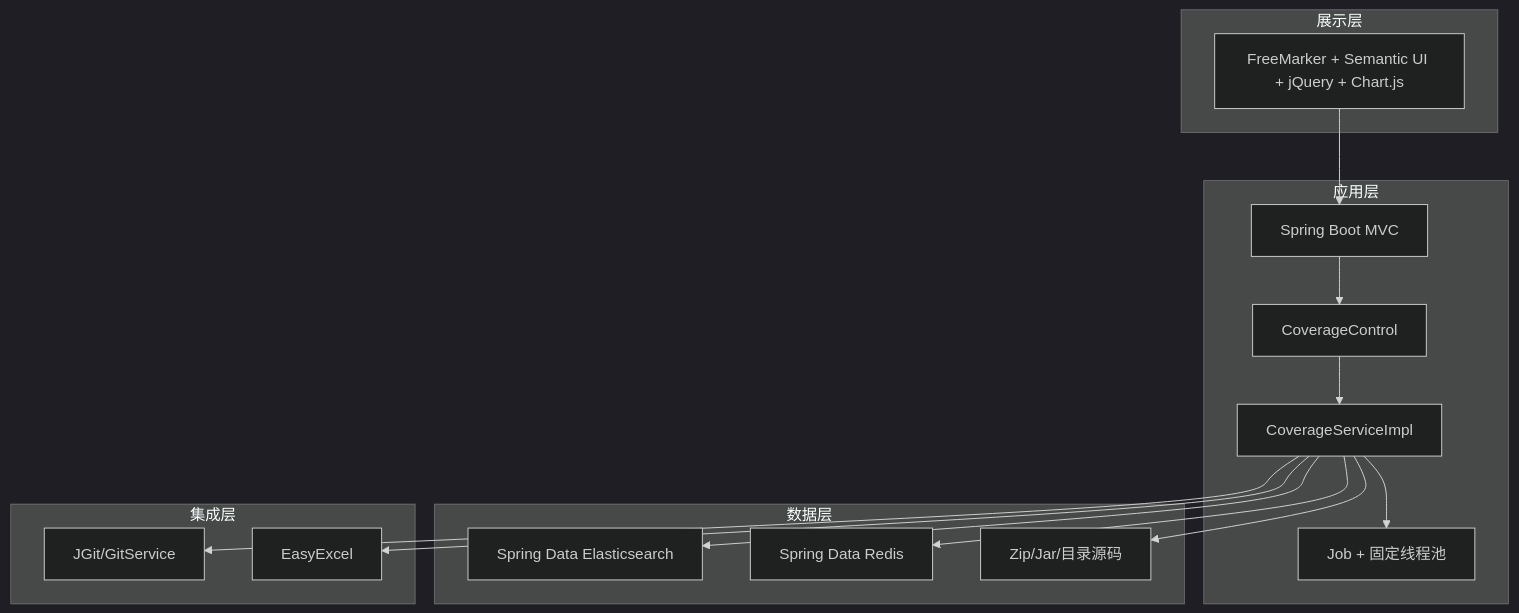
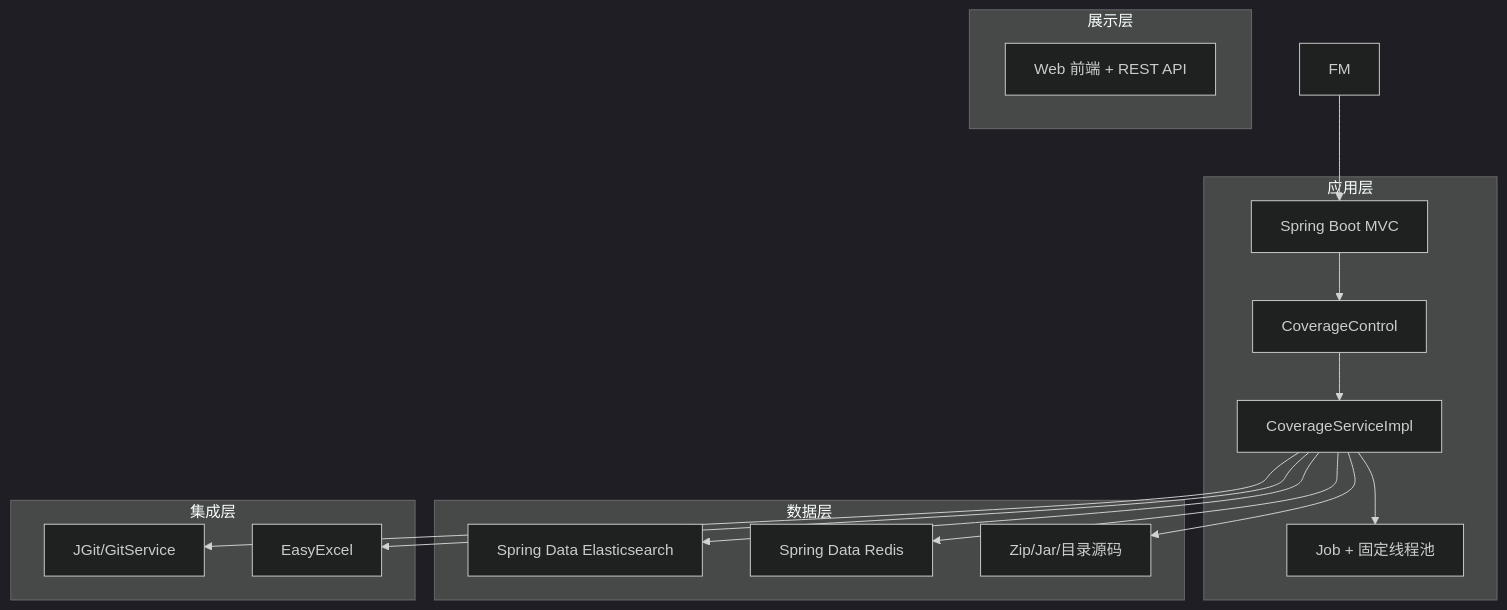
One commit to 000xiaoxiao000/oAccurateTest changed the eighth of 10 diagrams in oAT-service/oAT-service-web/README-coverage-architecture.md. Above: the diagram before and after it, drawn with Mermaid (dark theme). The commit also changed other lines of this file and 1 other file, not shown here.

````diff
--- a/oAT-service/oAT-service-web/README-coverage-architecture.md
+++ b/oAT-service/oAT-service-web/README-coverage-architecture.md
@@ -226,32 +226,32 @@
 ```mermaid
 flowchart TB
   subgraph 展示层
-    FM[FreeMarker + Semantic UI + jQuery + Chart.js]
+    WEB[Web 前端 + REST API]
   end
 
   subgraph 应用层
     SPR[Spring Boot MVC]
     CTRL[CoverageControl]
     SVC[CoverageServiceImpl]
     JOB[Job + 固定线程池]
   end
 
   subgraph 数据层
     ES[Spring Data Elasticsearch]
     REDIS[Spring Data Redis]
     FILE[Zip/Jar/目录源码]
   end
 
   subgraph 集成层
     JGIT[JGit/GitService]
     EXCEL[EasyExcel]
   end
 
   FM --> SPR --> CTRL --> SVC
   SVC --> ES
   SVC --> REDIS
   SVC --> FILE
   SVC --> JGIT
   SVC --> EXCEL
   SVC --> JOB
 ```
````
